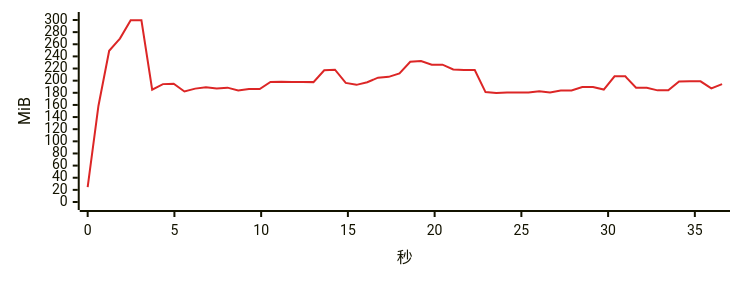
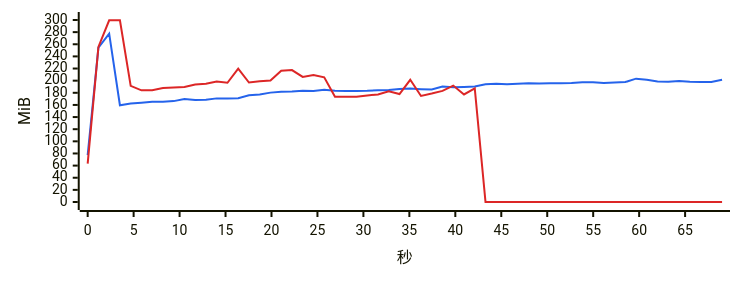
One commit to 334456777/WeFlow changed the first of 17 diagrams in bench/v4.1.0/summary.md. Above: the diagram before and after it, drawn with Mermaid. The commit also changed other lines of this file and 3 other files, not shown here.

````diff
--- a/bench/v4.1.0/summary.md
+++ b/bench/v4.1.0/summary.md
@@ -289,7 +287,8 @@
 ```mermaid
-%%{init: {"xyChart": {"width": 720, "height": 260}, "themeVariables": {"xyChart": {"plotColorPalette": "#dc2626"}}}}%%
+%%{init: {"xyChart": {"width": 720, "height": 260}, "themeVariables": {"xyChart": {"plotColorPalette": "#2563eb, #dc2626"}}}}%%
 xychart-beta
-    x-axis "秒" 0 --> 36.569
+    x-axis "秒" 0 --> 69.022
     y-axis "MiB" 0 --> 300
-    line [24.4, 158.3, 249.3, 269.4, 299.4, 299.6, 185.1, 194.3, 194.9, 182.2, 186.9, 189.3, 186.9, 188.5, 183.8, 186.2, 186.2, 197.9, 198.1, 197.8, 197.9, 197.6, 217.2, 218.1, 196.3, 193.1, 197.4, 204.9, 206.3, 212.1, 231.1, 232.4, 226.2, 226.4, 218.5, 217.4, 217.4, 181.2, 179.8, 180.4, 180.4, 180.4, 182.4, 180.7, 183.7, 183.8, 189.4, 189.4, 185.3, 207.1, 207.1, 188.4, 188.4, 184.0, 184.0, 198.8, 198.9, 198.9, 187.4, 194.4]
+    line [77.3, 254.4, 277.4, 159.5, 162.2, 163.7, 165.2, 165.3, 166.3, 169.6, 168.3, 168.5, 170.8, 170.7, 171.2, 175.9, 177.3, 180.3, 181.9, 182.1, 183.3, 183.1, 185.2, 183.5, 183.0, 183.0, 183.2, 184.4, 184.7, 186.1, 186.9, 186.0, 185.3, 190.3, 189.0, 189.7, 190.4, 194.1, 195.1, 194.2, 195.1, 195.7, 195.3, 195.7, 195.7, 196.2, 197.5, 197.4, 196.2, 197.0, 197.7, 203.3, 201.5, 198.8, 198.1, 199.6, 198.4, 198.0, 197.8, 201.5]
+    line [63.3, 255.5, 299.5, 299.6, 191.4, 184.1, 184.4, 188.0, 188.9, 189.6, 193.8, 194.9, 198.7, 196.5, 220.0, 197.0, 199.1, 200.2, 216.5, 217.4, 206.1, 209.4, 205.5, 173.5, 173.5, 173.6, 175.5, 177.3, 182.5, 177.9, 201.4, 174.8, 178.7, 183.2, 191.9, 177.3, 187.3, 0.0, 0.0, 0.0, 0.0, 0.0, 0.0, 0.0, 0.0, 0.0, 0.0, 0.0, 0.0, 0.0, 0.0, 0.0, 0.0, 0.0, 0.0, 0.0, 0.0, 0.0, 0.0, 0.0]
 ```
````
